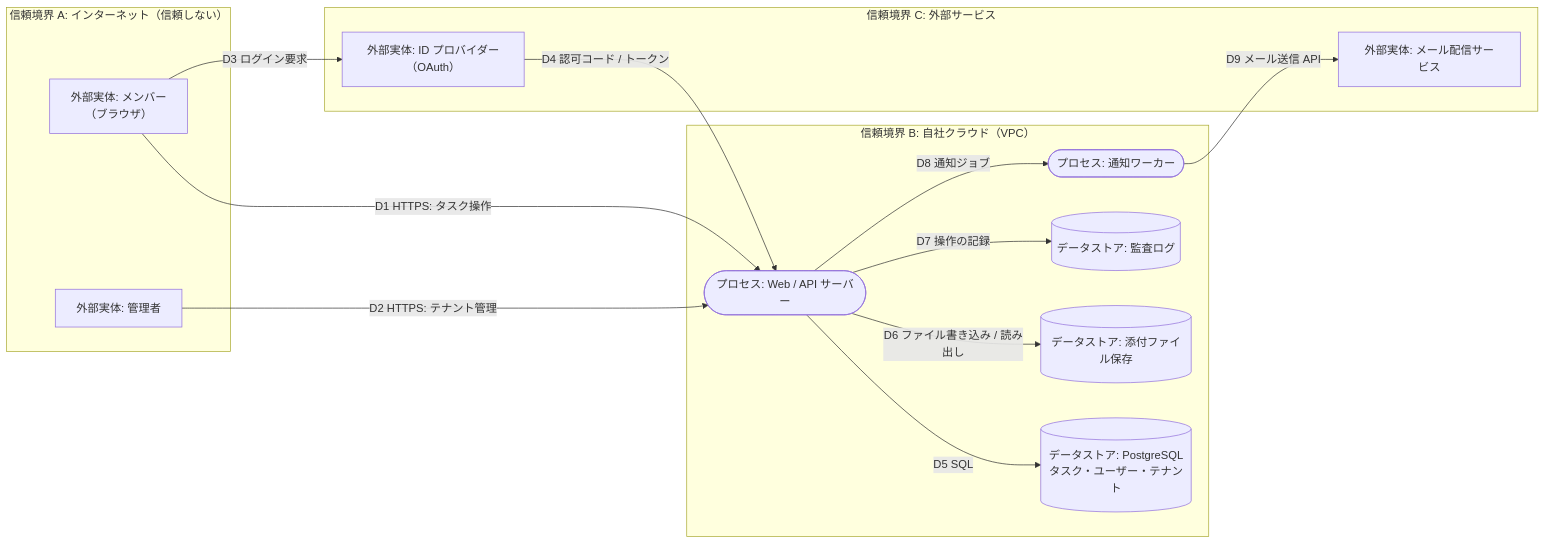
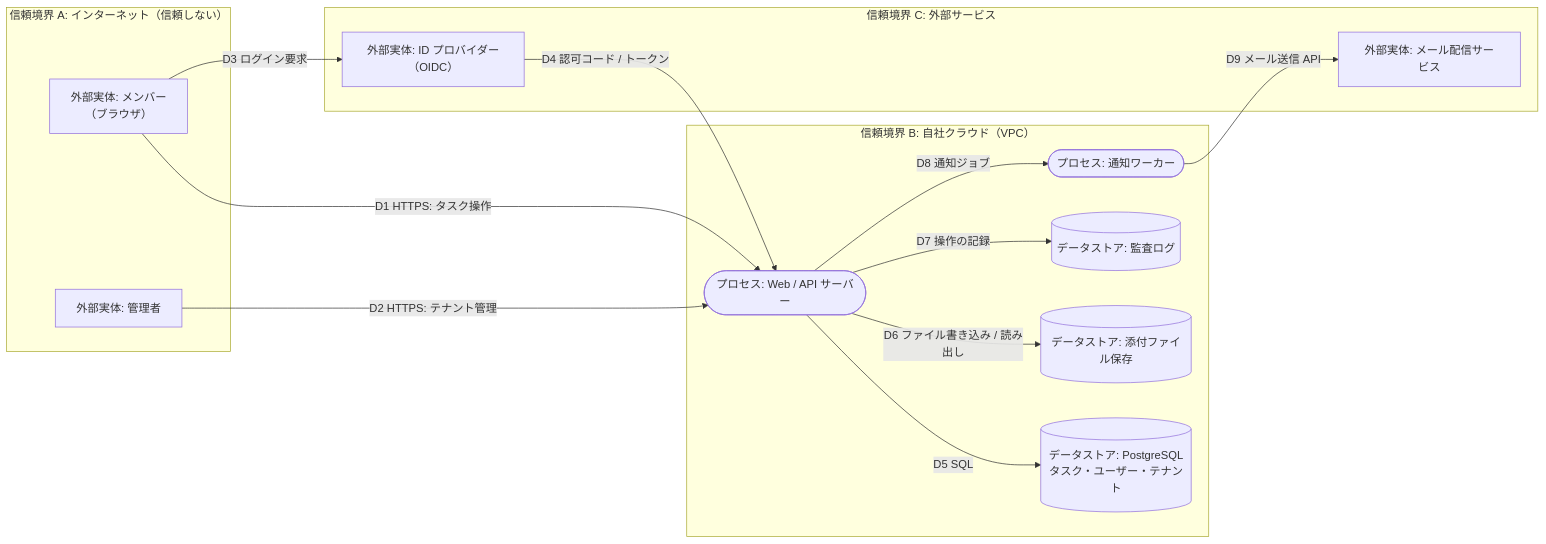
The second of 9 diagrams in Threat-modeling-guide.md (myoshi2891/Security_Studies), drawn with Mermaid before and after one commit. The commit also changed other lines of this file and 1 other file, not shown here.

Commit message:
docs(threat-modeling): clarify OIDC auth code flow and improve diagram layouts

````diff
--- a/Threat-modeling-guide.md
+++ b/Threat-modeling-guide.md
@@ -238,30 +238,30 @@
 ```mermaid
 flowchart LR
     subgraph TB1["信頼境界 A: インターネット（信頼しない）"]
         U["外部実体: メンバー<br/>（ブラウザ）"]
         AD["外部実体: 管理者"]
     end
 
     subgraph TB3["信頼境界 C: 外部サービス"]
-        IDP["外部実体: ID プロバイダー（OAuth）"]
+        IDP["外部実体: ID プロバイダー（OIDC）"]
         MAIL["外部実体: メール配信サービス"]
     end
 
     subgraph TB2["信頼境界 B: 自社クラウド（VPC）"]
         API(["プロセス: Web / API サーバー"])
         WK(["プロセス: 通知ワーカー"])
         DB[("データストア: PostgreSQL<br/>タスク・ユーザー・テナント")]
         OBJ[("データストア: 添付ファイル保存")]
         LOG[("データストア: 監査ログ")]
     end
 
     U -->|"D1 HTTPS: タスク操作"| API
     AD -->|"D2 HTTPS: テナント管理"| API
     U -->|"D3 ログイン要求"| IDP
     IDP -->|"D4 認可コード / トークン"| API
     API -->|"D5 SQL"| DB
     API -->|"D6 ファイル書き込み / 読み出し"| OBJ
     API -->|"D7 操作の記録"| LOG
     API -->|"D8 通知ジョブ"| WK
     WK -->|"D9 メール送信 API"| MAIL
 ```
````
